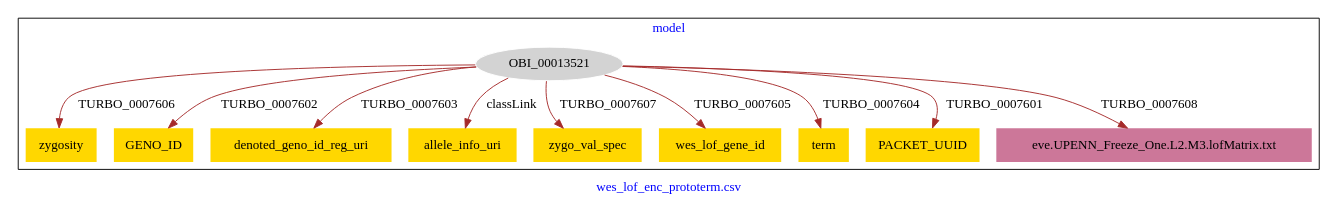
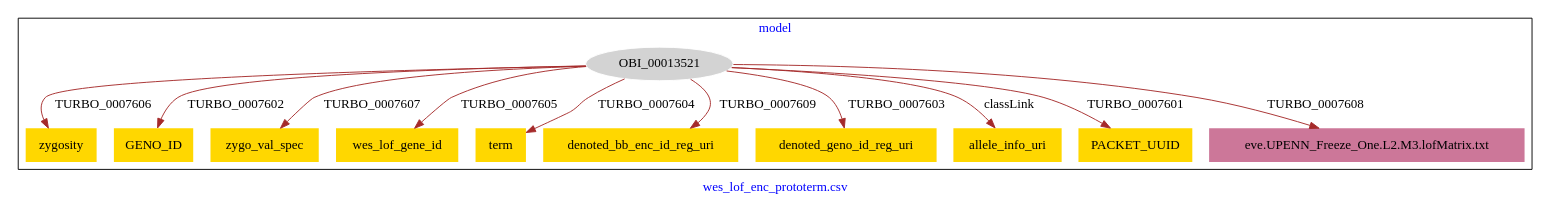
The diagram in karma_models/wes_lof_enc_prototerm_shortcuts-model.dot (PennTURBO/turbo-ontology), drawn with Graphviz before and after one commit.

Commit message:
Update file wes_lof_enc_prototerm_shortcuts-model.dot

```diff
--- a/karma_models/wes_lof_enc_prototerm_shortcuts-model.dot
+++ b/karma_models/wes_lof_enc_prototerm_shortcuts-model.dot
@@ -1,27 +1,29 @@
 digraph n0 {
 fontcolor="blue"
 remincross="true"
 label="wes_lof_enc_prototerm.csv"
 subgraph cluster {
 label="model"
 n2[style="filled",color="white",fillcolor="lightgray",label="OBI_00013521"];
 n3[shape="plaintext",style="filled",fillcolor="gold",label="zygosity"];
 n4[shape="plaintext",style="filled",fillcolor="gold",label="GENO_ID"];
-n5[shape="plaintext",style="filled",fillcolor="gold",label="denoted_geno_id_reg_uri"];
-n6[shape="plaintext",style="filled",fillcolor="gold",label="allele_info_uri"];
-n7[shape="plaintext",style="filled",fillcolor="gold",label="zygo_val_spec"];
-n8[shape="plaintext",style="filled",fillcolor="gold",label="wes_lof_gene_id"];
-n9[shape="plaintext",style="filled",fillcolor="gold",label="term"];
-n10[shape="plaintext",style="filled",fillcolor="gold",label="PACKET_UUID"];
-n11[shape="plaintext",style="filled",fillcolor="#CC7799",label="eve.UPENN_Freeze_One.L2.M3.lofMatrix.txt"];
+n5[shape="plaintext",style="filled",fillcolor="gold",label="zygo_val_spec"];
+n6[shape="plaintext",style="filled",fillcolor="gold",label="wes_lof_gene_id"];
+n7[shape="plaintext",style="filled",fillcolor="gold",label="term"];
+n8[shape="plaintext",style="filled",fillcolor="gold",label="denoted_bb_enc_id_reg_uri"];
+n9[shape="plaintext",style="filled",fillcolor="gold",label="denoted_geno_id_reg_uri"];
+n10[shape="plaintext",style="filled",fillcolor="gold",label="allele_info_uri"];
+n11[shape="plaintext",style="filled",fillcolor="gold",label="PACKET_UUID"];
+n12[shape="plaintext",style="filled",fillcolor="#CC7799",label="eve.UPENN_Freeze_One.L2.M3.lofMatrix.txt"];
 }
 n2 -> n3[color="brown",fontcolor="black",label="TURBO_0007606"]
 n2 -> n4[color="brown",fontcolor="black",label="TURBO_0007602"]
-n2 -> n5[color="brown",fontcolor="black",label="TURBO_0007603"]
-n2 -> n6[color="brown",fontcolor="black",label="classLink"]
-n2 -> n7[color="brown",fontcolor="black",label="TURBO_0007607"]
-n2 -> n8[color="brown",fontcolor="black",label="TURBO_0007605"]
-n2 -> n9[color="brown",fontcolor="black",label="TURBO_0007604"]
-n2 -> n10[color="brown",fontcolor="black",label="TURBO_0007601"]
-n2 -> n11[color="brown",fontcolor="black",label="TURBO_0007608"]
+n2 -> n5[color="brown",fontcolor="black",label="TURBO_0007607"]
+n2 -> n6[color="brown",fontcolor="black",label="TURBO_0007605"]
+n2 -> n7[color="brown",fontcolor="black",label="TURBO_0007604"]
+n2 -> n8[color="brown",fontcolor="black",label="TURBO_0007609"]
+n2 -> n9[color="brown",fontcolor="black",label="TURBO_0007603"]
+n2 -> n10[color="brown",fontcolor="black",label="classLink"]
+n2 -> n11[color="brown",fontcolor="black",label="TURBO_0007601"]
+n2 -> n12[color="brown",fontcolor="black",label="TURBO_0007608"]
 }
```
